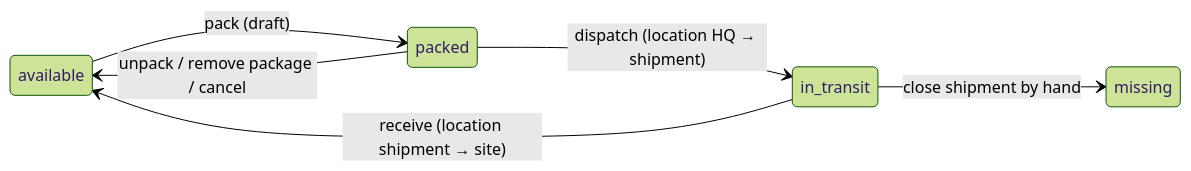
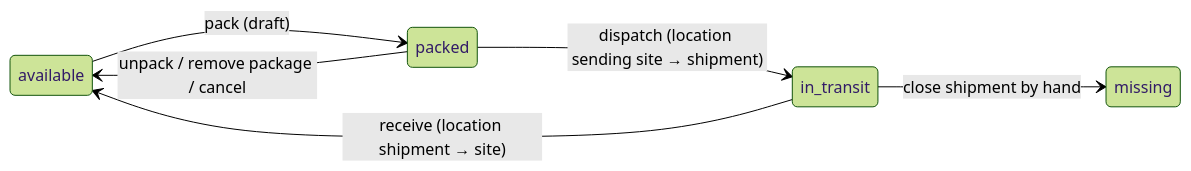
The third of 7 diagrams in README.md (Raj10203/nest-ims), drawn with Mermaid (forest theme) before and after one commit. The commit also changed other lines of this file and 25 other files, not shown here.

````diff
--- a/README.md
+++ b/README.md
@@ -236,9 +240,9 @@
 ```mermaid
 stateDiagram-v2
   direction LR
   available --> packed: pack (draft)
   packed --> available: unpack / remove package / cancel
-  packed --> in_transit: dispatch (location HQ → shipment)
+  packed --> in_transit: dispatch (location sending site → shipment)
   in_transit --> available: receive (location shipment → site)
   in_transit --> missing: close shipment by hand
 ```
````
